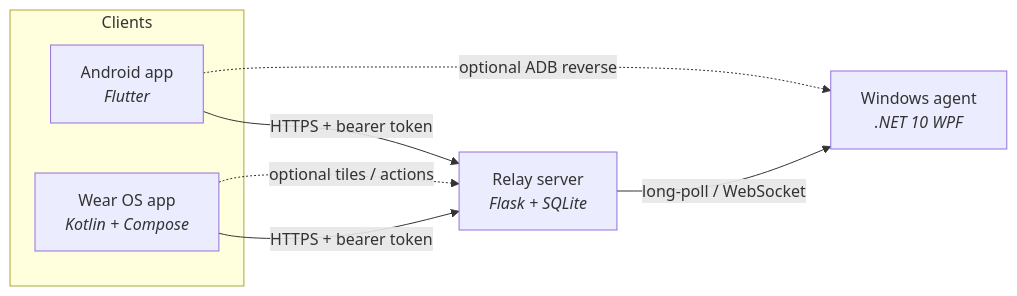
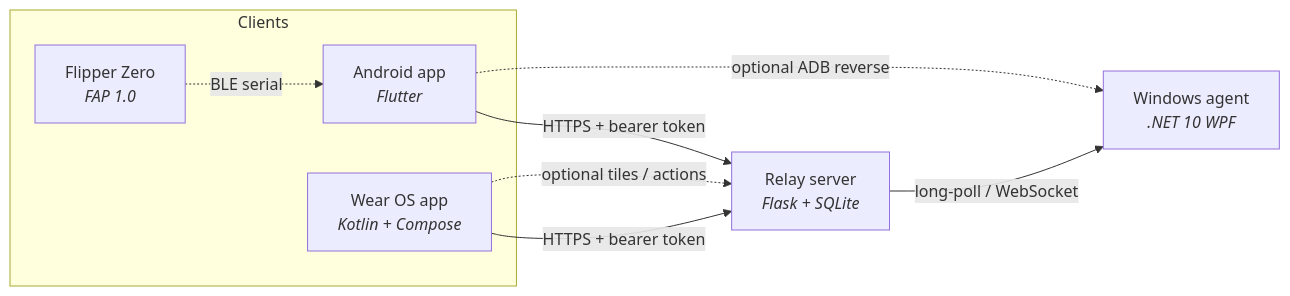
The diagram in README.md (WhatAVibe/Sentinel), drawn with Mermaid before and after one commit. The commit also changed other lines of this file and 11 other files, not shown here.

````diff
--- a/README.md
+++ b/README.md
@@ -126,15 +128,17 @@
 ```mermaid
 flowchart LR
     subgraph Clients
         P["Android app<br/><i>Flutter</i>"]
         W["Wear OS app<br/><i>Kotlin + Compose</i>"]
+        F["Flipper Zero<br/><i>FAP 1.0</i>"]
     end
     R["Relay server<br/><i>Flask + SQLite</i>"]
     A["Windows agent<br/><i>.NET 10 WPF</i>"]
 
     P -->|HTTPS + bearer token| R
     W -->|HTTPS + bearer token| R
+    F -.->|BLE serial| P
     R -->|long-poll / WebSocket| A
     P -.->|optional ADB reverse| A
     W -.->|optional tiles / actions| R
 ```
````
